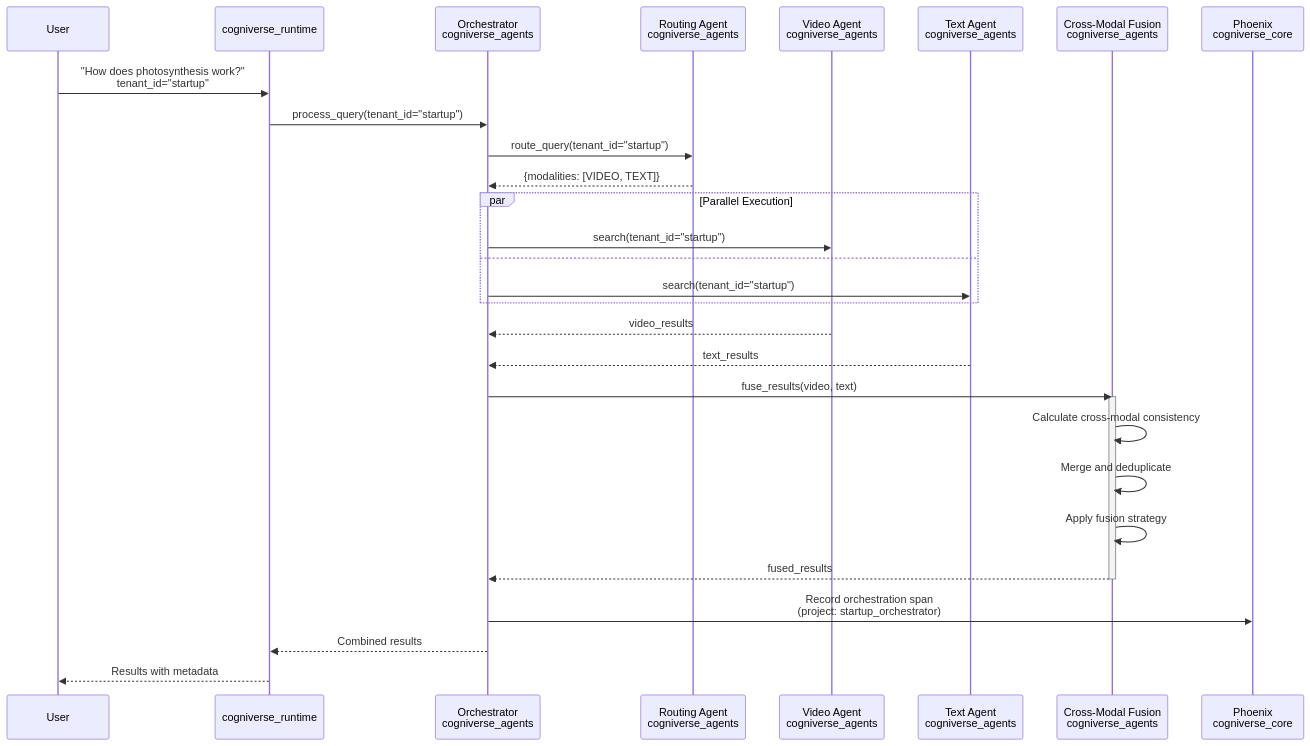
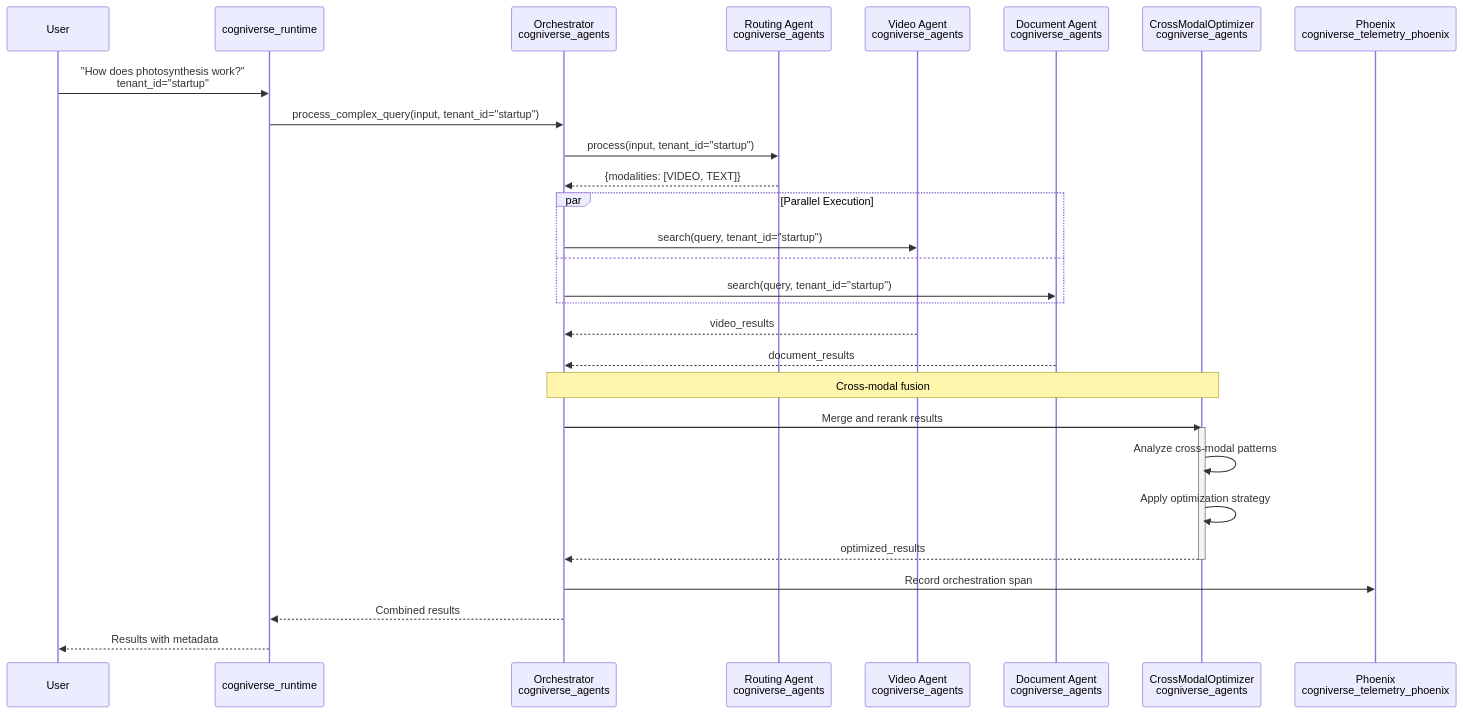
One commit to amit-jain/cogniverse changed the third of 24 diagrams in docs/architecture/system-flows.md. Above: the diagram before and after it, drawn with Mermaid. The commit also changed other lines of this file and 83 other files, not shown here.

First line of the commit message:
Fix documentation veracity, formatting, and diagrams across all modules

````diff
--- a/docs/architecture/system-flows.md
+++ b/docs/architecture/system-flows.md
@@ -248,38 +129,38 @@
 ```mermaid
 sequenceDiagram
     participant User
     participant Runtime as cogniverse_runtime
     participant Orchestrator as Orchestrator<br/>cogniverse_agents
     participant Routing as Routing Agent<br/>cogniverse_agents
     participant VideoAgent as Video Agent<br/>cogniverse_agents
-    participant TextAgent as Text Agent<br/>cogniverse_agents
-    participant Fusion as Cross-Modal Fusion<br/>cogniverse_agents
-    participant Phoenix as Phoenix<br/>cogniverse_core
+    participant DocumentAgent as Document Agent<br/>cogniverse_agents
+    participant Fusion as CrossModalOptimizer<br/>cogniverse_agents
+    participant Phoenix as Phoenix<br/>cogniverse_telemetry_phoenix
 
     User->>Runtime: "How does photosynthesis work?"<br/>tenant_id="startup"
 
-    Runtime->>Orchestrator: process_query(tenant_id="startup")
-    Orchestrator->>Routing: route_query(tenant_id="startup")
+    Runtime->>Orchestrator: process_complex_query(input, tenant_id="startup")
+    Orchestrator->>Routing: process(input, tenant_id="startup")
     Routing-->>Orchestrator: {modalities: [VIDEO, TEXT]}
 
     par Parallel Execution
-        Orchestrator->>VideoAgent: search(tenant_id="startup")
+        Orchestrator->>VideoAgent: search(query, tenant_id="startup")
         and
-        Orchestrator->>TextAgent: search(tenant_id="startup")
+        Orchestrator->>DocumentAgent: search(query, tenant_id="startup")
     end
 
     VideoAgent-->>Orchestrator: video_results
-    TextAgent-->>Orchestrator: text_results
+    DocumentAgent-->>Orchestrator: document_results
 
-    Orchestrator->>Fusion: fuse_results(video, text)
+    Note over Orchestrator,Fusion: Cross-modal fusion
+    Orchestrator->>Fusion: Merge and rerank results
     activate Fusion
-    Fusion->>Fusion: Calculate cross-modal consistency
-    Fusion->>Fusion: Merge and deduplicate
-    Fusion->>Fusion: Apply fusion strategy
-    Fusion-->>Orchestrator: fused_results
+    Fusion->>Fusion: Analyze cross-modal patterns
+    Fusion->>Fusion: Apply optimization strategy
+    Fusion-->>Orchestrator: optimized_results
     deactivate Fusion
 
-    Orchestrator->>Phoenix: Record orchestration span<br/>(project: startup_orchestrator)
+    Orchestrator->>Phoenix: Record orchestration span
     Orchestrator-->>Runtime: Combined results
     Runtime-->>User: Results with metadata
 ```
````
